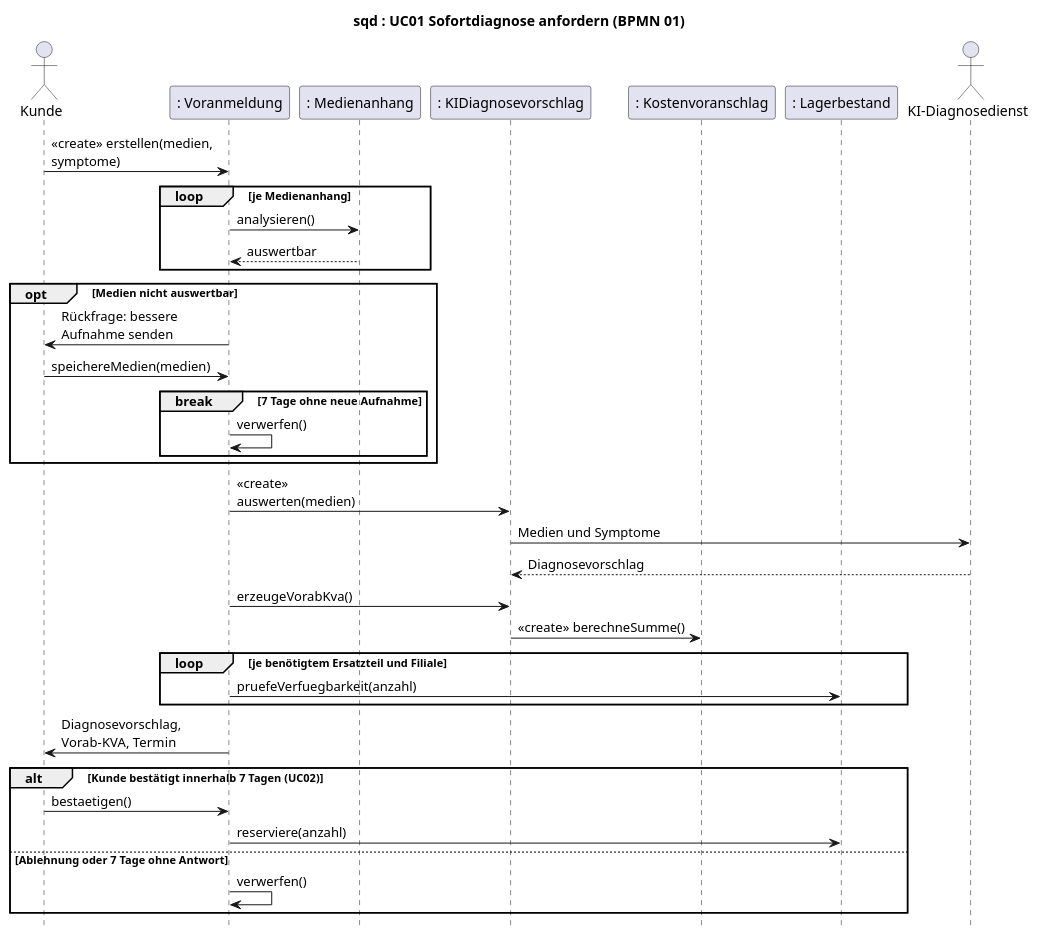
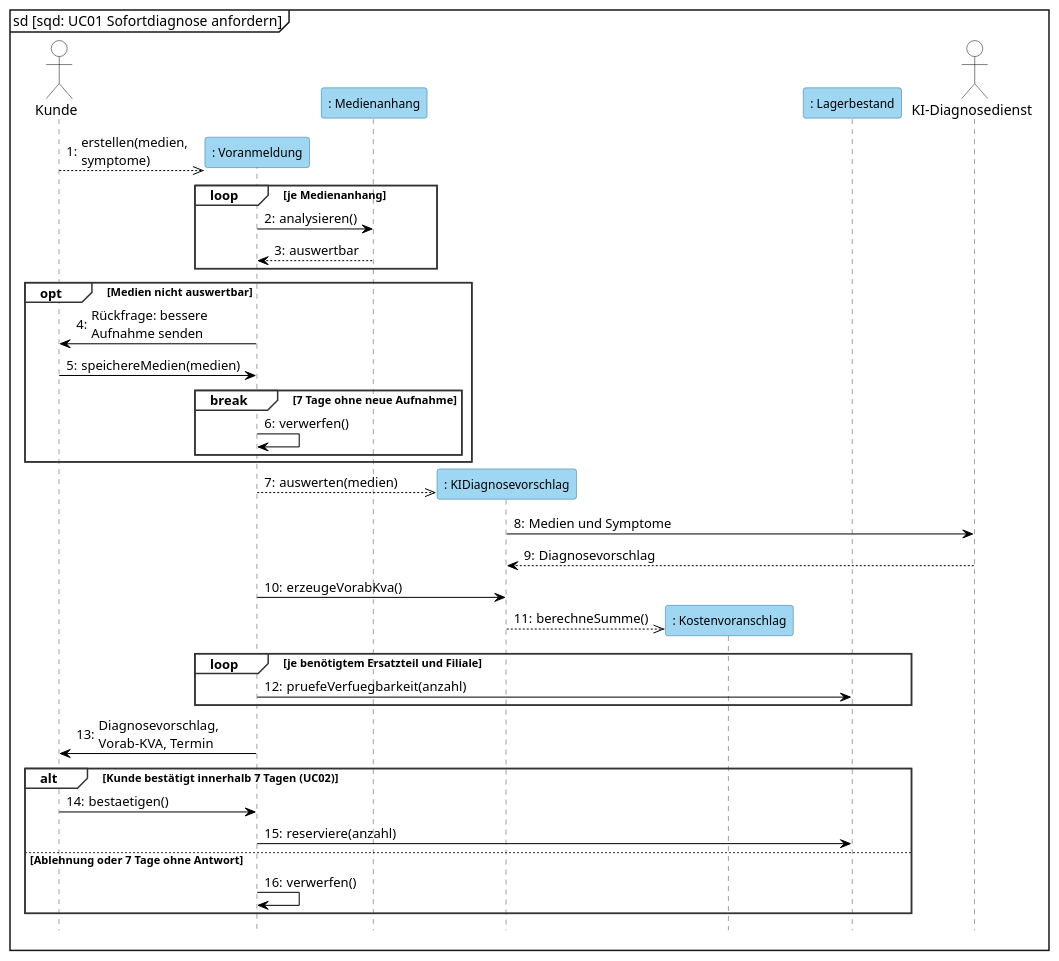
Before and after one commit to jakobschwan123-cmd/casestudy-semester-3: the diagram in 2_uml/entwurf-plantuml/sequenz-01-sofortdiagnose.puml, drawn with PlantUML. The commit also changed 13 other files, not shown here.

First line of the commit message:
[T05 2026-10-15] style: sequence diagram templates in Visual Paradigm notation (E-28)

```diff
--- a/2_uml/entwurf-plantuml/sequenz-01-sofortdiagnose.puml
+++ b/2_uml/entwurf-plantuml/sequenz-01-sofortdiagnose.puml
@@ -1,44 +1,63 @@
 @startuml
 ' BPMN: p01-sofortdiagnose.bpmn. Kernablauf; Rückfragen, Timer und Terminsuche nur als Fragment bzw. in UC17.
-title sqd : UC01 Sofortdiagnose anfordern (BPMN 01)
+' Darstellung wie in Visual Paradigm: Objekterzeugung als gestrichelter Pfeil auf den Kopfkasten (Kasten sitzt auf Nachrichtenhöhe, VL 6 Folie 5-70), kein <<create>>-Text.
+mainframe sd [sqd: UC01 Sofortdiagnose anfordern]
 skinparam defaultFontName Arial
 skinparam sequenceMessageAlign left
 skinparam maxMessageSize 170
+skinparam shadowing false
+skinparam sequence {
+  ParticipantBackgroundColor #9FD6F2
+  ParticipantBorderColor #2E6E99
+  ParticipantFontSize 12
+  ActorBackgroundColor white
+  ActorBorderColor black
+  LifeLineBorderColor #444444
+  LifeLineBackgroundColor #9FD6F2
+  GroupBorderColor #333333
+  GroupBackgroundColor white
+  GroupHeaderFontStyle bold
+  ArrowColor black
+}
 hide footbox
+autonumber "0:"
 
 actor Kunde
 participant ": Voranmeldung" as VA
 participant ": Medienanhang" as MA
 participant ": KIDiagnosevorschlag" as KI
 participant ": Kostenvoranschlag" as KVA
 participant ": Lagerbestand" as LB
 actor "KI-Diagnosedienst" as KIDienst
 
-Kunde -> VA : <<create>> erstellen(medien, symptome)
+create VA
+Kunde -->> VA : erstellen(medien, symptome)
 loop je Medienanhang
     VA -> MA : analysieren()
     MA --> VA : auswertbar
 end
 opt Medien nicht auswertbar
     VA -> Kunde : Rückfrage: bessere Aufnahme senden
     Kunde -> VA : speichereMedien(medien)
     break 7 Tage ohne neue Aufnahme
         VA -> VA : verwerfen()
     end
 end
-VA -> KI : <<create>> auswerten(medien)
+create KI
+VA -->> KI : auswerten(medien)
 KI -> KIDienst : Medien und Symptome
 KIDienst --> KI : Diagnosevorschlag
 VA -> KI : erzeugeVorabKva()
-KI -> KVA : <<create>> berechneSumme()
+create KVA
+KI -->> KVA : berechneSumme()
 loop je benötigtem Ersatzteil und Filiale
     VA -> LB : pruefeVerfuegbarkeit(anzahl)
 end
 VA -> Kunde : Diagnosevorschlag, Vorab-KVA, Termin
 alt Kunde bestätigt innerhalb 7 Tagen (UC02)
     Kunde -> VA : bestaetigen()
     VA -> LB : reserviere(anzahl)
 else Ablehnung oder 7 Tage ohne Antwort
     VA -> VA : verwerfen()
 end
 @enduml
```
